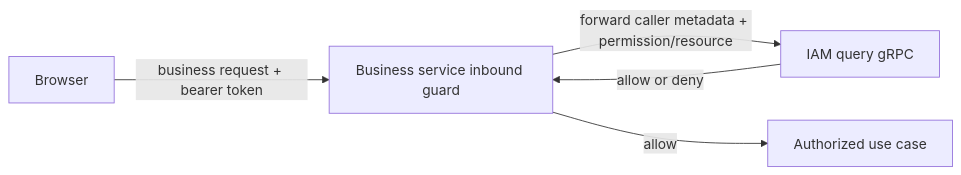
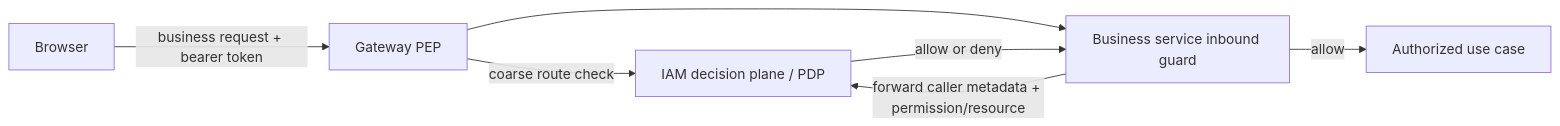
One commit to tuannm99/podzone changed the fourth of 4 diagrams in docs/architecture/transport-contracts.md. Above: the diagram before and after it, drawn with Mermaid. The commit also changed other lines of this file and 74 other files, not shown here.

````diff
--- a/docs/architecture/transport-contracts.md
+++ b/docs/architecture/transport-contracts.md
@@ -66,12 +66,15 @@
 ```mermaid
 flowchart LR
     Browser["Browser"]
+    Gateway["Gateway PEP"]
     Service["Business service inbound guard"]
-    IAM["IAM query gRPC"]
+    IAM["IAM decision plane / PDP"]
     Usecase["Authorized use case"]
 
-    Browser -->|"business request + bearer token"| Service
+    Browser -->|"business request + bearer token"| Gateway
+    Gateway -->|"coarse route check"| IAM
+    Gateway --> Service
     Service -->|"forward caller metadata + permission/resource"| IAM
     IAM -->|"allow or deny"| Service
     Service -->|"allow"| Usecase
 ```
````
